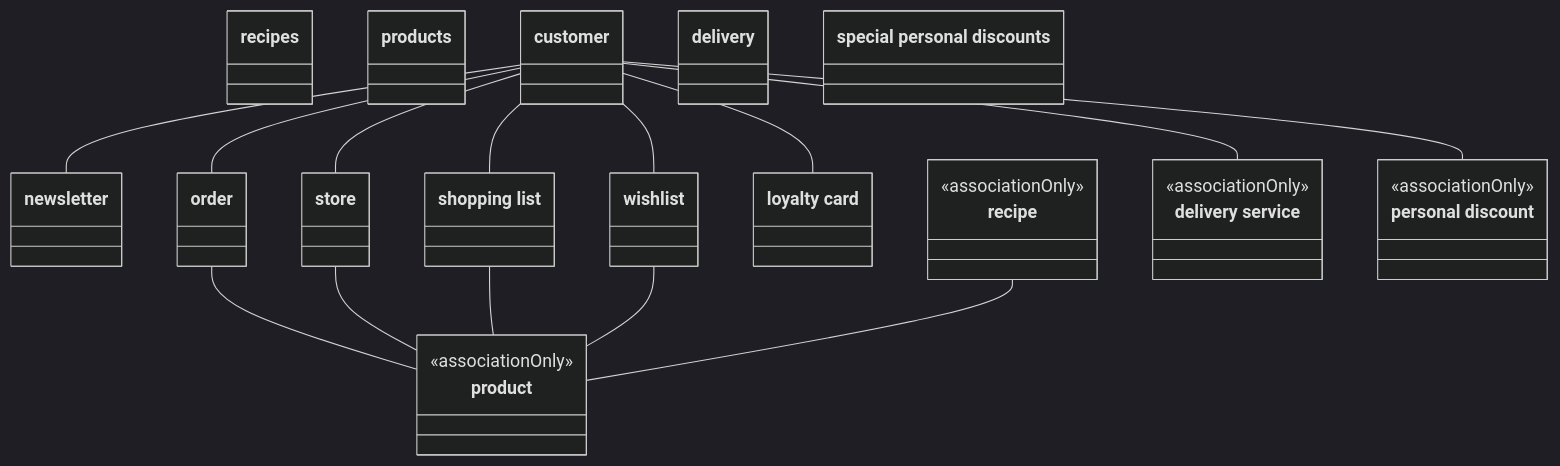
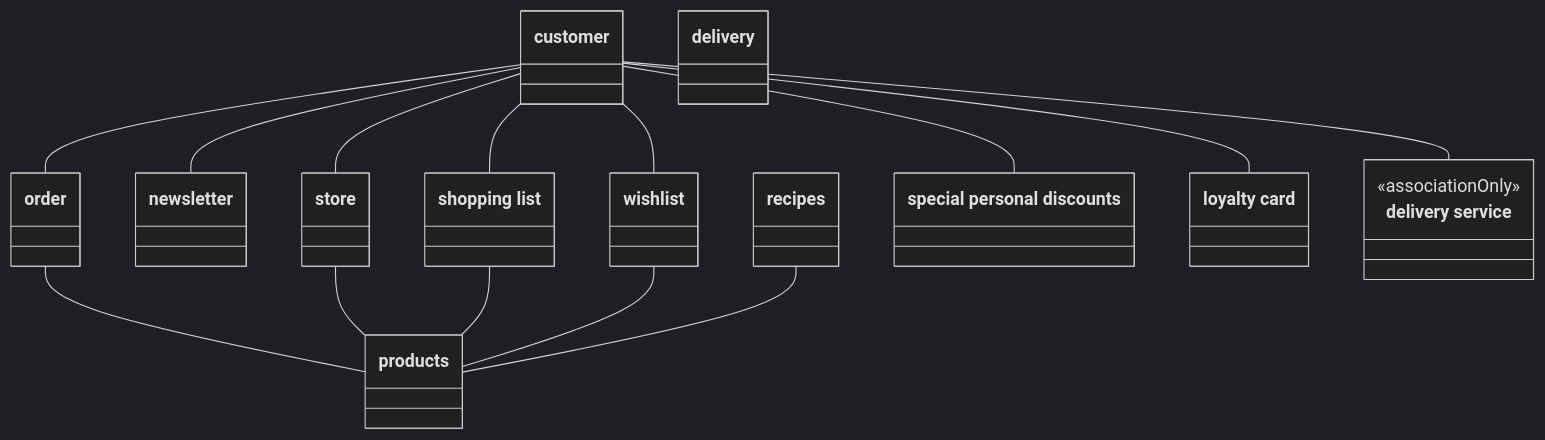
One commit to DomDeWulf/user-story-domain-model-datasets changed the diagram in 2_gold_standard_domain_models/supermarket.mmd. Above: the diagram before and after it, drawn with Mermaid (dark theme). The commit also changed 13 other files, not shown here.

Commit message:
Normalize domain-model terms and document association assumptions

```diff
--- a/2_gold_standard_domain_models/supermarket.mmd
+++ b/2_gold_standard_domain_models/supermarket.mmd
@@ -1,38 +1,87 @@
 classDiagram
     %% Project: Supermarket
-    %% Labels and association rows are preserved exactly from the original workbooks.
-    %% associationOnly marks endpoints absent from the gold-standard class list.
-    %% These additional nodes are not gold-standard classes.
-    %% No direction, multiplicity, attributes, or methods are inferred.
+    %% Class labels match Gold standard - Classes.xlsx exactly, including capitalization.
+    %% Singular/plural forms are assumed equivalent; every changed endpoint is documented below.
+    %% Every association preserves one row of Gold standard - Associations.xlsx, in workbook order.
+    %% associationOnly nodes have no matching class in the Classes Excel; exclude them from class evaluation.
+    %% No direction, multiplicity, relationship labels, inheritance, attributes, or methods are inferred.
     class C001["recipes"]
     class C002["newsletter"]
     class C003["order"]
     class C004["products"]
     class C005["customer"]
     class C006["wishlist"]
     class C007["shopping list"]
     class C008["delivery"]
     class C009["store"]
     class C010["special personal discounts"]
     class C011["loyalty card"]
-    class C012["product"]
+    class C012["delivery service"]
     <<associationOnly>> C012
-    class C013["recipe"]
-    <<associationOnly>> C013
-    class C014["delivery service"]
-    <<associationOnly>> C014
-    class C015["personal discount"]
-    <<associationOnly>> C015
+
+    %% Association (Classes Excel terms where available): customer -- newsletter
+    %% Associations Excel (Sheet1!O3:P3): customer -- newsletter.
+    %% Wording differences: none.
     C005 -- C002
+
+    %% Association (Classes Excel terms where available): customer -- wishlist
+    %% Associations Excel (Sheet1!O4:P4): customer -- wishlist.
+    %% Wording differences: none.
     C005 -- C006
+
+    %% Association (Classes Excel terms where available): customer -- shopping list
+    %% Associations Excel (Sheet1!O5:P5): customer -- shopping list.
+    %% Wording differences: none.
     C005 -- C007
-    C003 -- C012
+
+    %% Association (Classes Excel terms where available): order -- products
+    %% Associations Excel (Sheet1!O6:P6): order -- product.
+    %% Assumption: "product" -> "products" (singular/plural forms are assumed interchangeable).
+    C003 -- C004
+
+    %% Association (Classes Excel terms where available): customer -- order
+    %% Associations Excel (Sheet1!O7:P7): customer -- order.
+    %% Wording differences: none.
     C005 -- C003
-    C009 -- C012
-    C007 -- C012
-    C006 -- C012
+
+    %% Association (Classes Excel terms where available): store -- products
+    %% Associations Excel (Sheet1!O8:P8): store -- product.
+    %% Assumption: "product" -> "products" (singular/plural forms are assumed interchangeable).
+    C009 -- C004
+
+    %% Association (Classes Excel terms where available): shopping list -- products
+    %% Associations Excel (Sheet1!O9:P9): shopping list -- product.
+    %% Assumption: "product" -> "products" (singular/plural forms are assumed interchangeable).
+    C007 -- C004
+
+    %% Association (Classes Excel terms where available): wishlist -- products
+    %% Associations Excel (Sheet1!O10:P10): wishlist -- product.
+    %% Assumption: "product" -> "products" (singular/plural forms are assumed interchangeable).
+    C006 -- C004
+
+    %% Association (Classes Excel terms where available): customer -- store
+    %% Associations Excel (Sheet1!O11:P11): customer -- store.
+    %% Wording differences: none.
     C005 -- C009
-    C013 -- C012
-    C005 -- C014
-    C005 -- C015
+
+    %% Association (Classes Excel terms where available): recipes -- products
+    %% Associations Excel (Sheet1!O12:P12): recipe -- product.
+    %% Assumption: "recipe" -> "recipes" (singular/plural forms are assumed interchangeable).
+    %% Assumption: "product" -> "products" (singular/plural forms are assumed interchangeable).
+    C001 -- C004
+
+    %% Association (Classes Excel terms where available): customer -- delivery service
+    %% Associations Excel (Sheet1!O13:P13): customer -- delivery service.
+    %% Wording differences: none.
+    %% Absent from Classes Excel: "delivery service" is associationOnly; not assumed equivalent to delivery: the stories distinguish a subscription-based service from individual deliveries (1_user_stories/supermarket.txt:13,33-36,47-51).
+    C005 -- C012
+
+    %% Association (Classes Excel terms where available): customer -- special personal discounts
+    %% Associations Excel (Sheet1!O14:P14): customer -- personal discount.
+    %% Assumption: "personal discount" -> "special personal discounts" (omitted qualifier plus singular/plural; stories explicitly call these special personal discounts (1_user_stories/supermarket.txt:11-12)).
+    C005 -- C010
+
+    %% Association (Classes Excel terms where available): customer -- loyalty card
+    %% Associations Excel (Sheet1!O15:P15): customer -- loyalty card.
+    %% Wording differences: none.
     C005 -- C011
```
